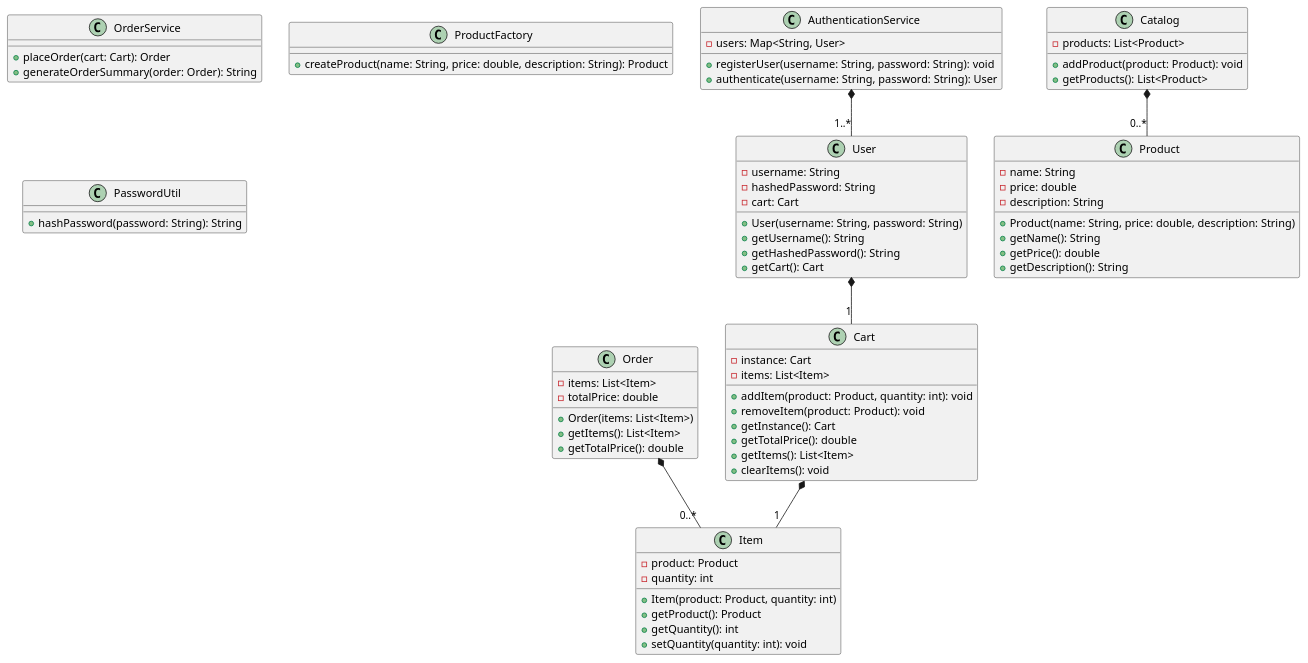
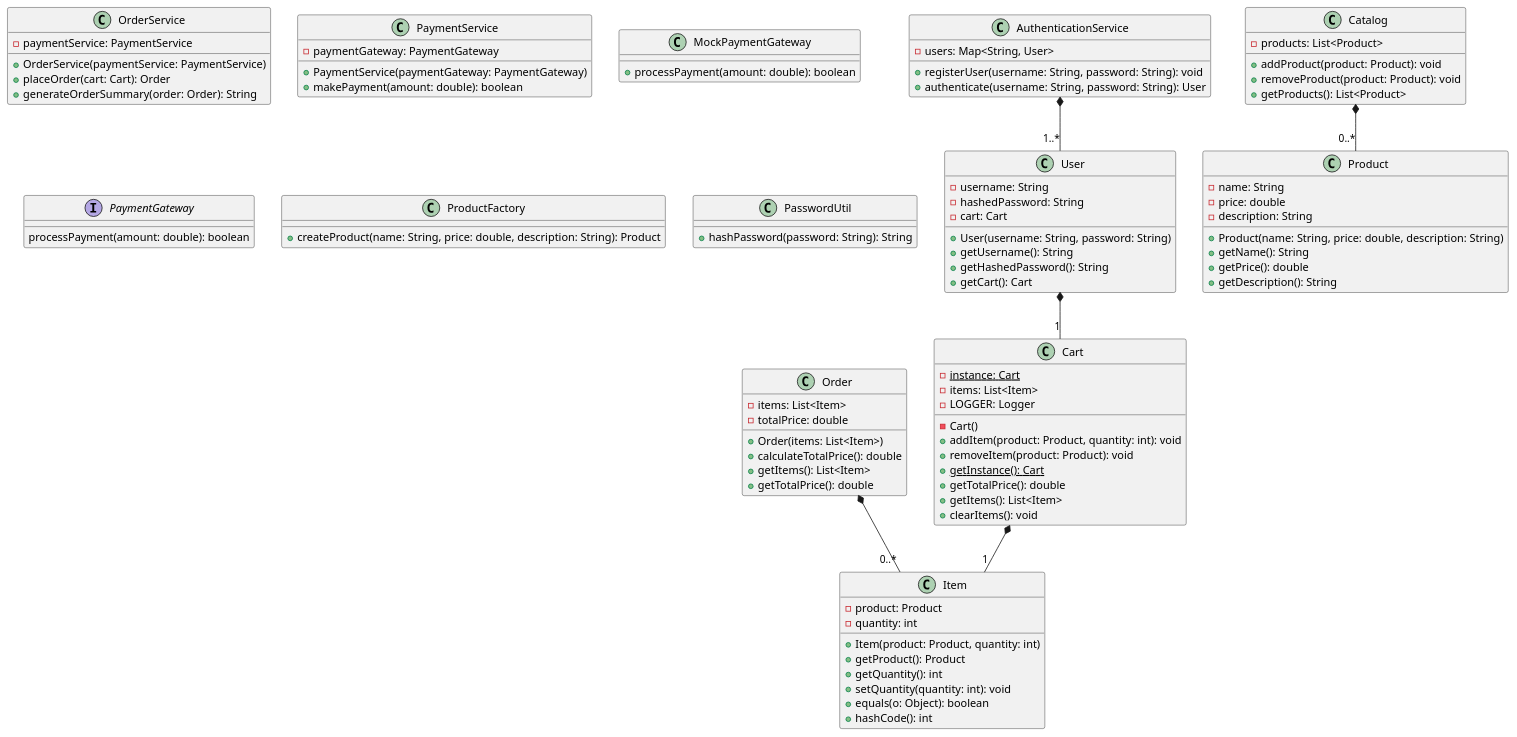
One commit to mplaczek99/SE450-Final changed the diagram in plantuml.puml. Above: the diagram before and after it, drawn with PlantUML. The commit also changed 4 other files, not shown here.

Commit message:
Modified UML

```diff
--- a/plantuml.puml
+++ b/plantuml.puml
@@ -1,82 +1,104 @@
 @startuml
 
 class Cart {
-  -instance: Cart
+  {static} - instance: Cart
   -items: List<Item>
+  -LOGGER: Logger
+  -Cart()
   +addItem(product: Product, quantity: int): void
   +removeItem(product: Product): void
-  +getInstance(): Cart
+  {static} +getInstance(): Cart
   +getTotalPrice(): double
   +getItems(): List<Item>
   +clearItems(): void
 }
 
 class Catalog {
   -products: List<Product>
   +addProduct(product: Product): void
+  +removeProduct(product: Product): void
   +getProducts(): List<Product>
 }
 
 class Item {
   -product: Product
   -quantity: int
   +Item(product: Product, quantity: int)
   +getProduct(): Product
   +getQuantity(): int
   +setQuantity(quantity: int): void
+  +equals(o: Object): boolean
+  +hashCode(): int
 }
 
 class Order {
   -items: List<Item>
   -totalPrice: double
   +Order(items: List<Item>)
+  +calculateTotalPrice(): double
   +getItems(): List<Item>
   +getTotalPrice(): double
 }
 
 class OrderService {
+  -paymentService: PaymentService
+  +OrderService(paymentService: PaymentService)
   +placeOrder(cart: Cart): Order
   +generateOrderSummary(order: Order): String
+}
+
+class PaymentService {
+  -paymentGateway: PaymentGateway
+  +PaymentService(paymentGateway: PaymentGateway)
+  +makePayment(amount: double): boolean
+}
+
+class MockPaymentGateway {
+  +processPayment(amount: double): boolean
+}
+
+interface PaymentGateway {
+  processPayment(amount: double): boolean
 }
 
 class Product {
   -name: String
   -price: double
   -description: String
   +Product(name: String, price: double, description: String)
   +getName(): String
   +getPrice(): double
   +getDescription(): String
 }
 
 class ProductFactory {
   +createProduct(name: String, price: double, description: String): Product
 }
 
 class User {
   -username: String
   -hashedPassword: String
   -cart: Cart
   +User(username: String, password: String)
   +getUsername(): String
   +getHashedPassword(): String
   +getCart(): Cart
 }
 
 class AuthenticationService {
   -users: Map<String, User>
   +registerUser(username: String, password: String): void
   +authenticate(username: String, password: String): User
 }
 
 class PasswordUtil {
   +hashPassword(password: String): String
 }
 
 Cart *-- "1" Item
 Catalog *-- "0..*" Product
 Order *-- "0..*" Item
 User *-- "1" Cart
 AuthenticationService *-- "1..*" User
 
 @enduml
```
